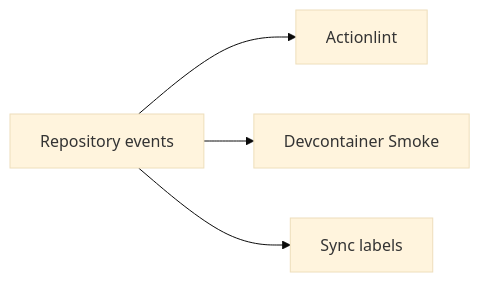
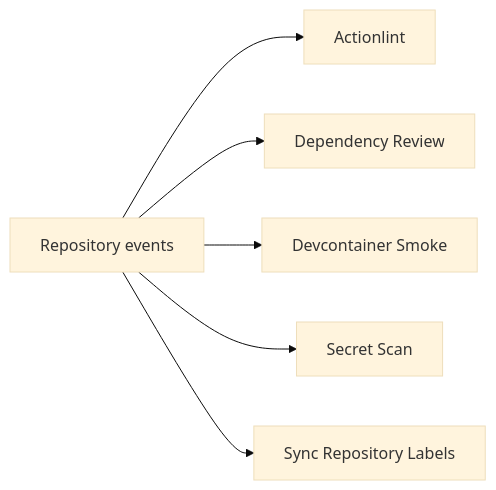
One commit to danigutsch/ViajantesTurismo changed the second of 3 diagrams in docs/architecture/ci-validation-flows.md. Above: the diagram before and after it, drawn with Mermaid (base theme). The commit also changed other lines of this file and 6 other files, not shown here.

Commit message:
docs(architecture): generate source-backed diagrams

````diff
--- a/docs/architecture/ci-validation-flows.md
+++ b/docs/architecture/ci-validation-flows.md
@@ -76,11 +80,14 @@
 ```mermaid
 flowchart LR
     repo[Repository events]
     actionlint[Actionlint]
-    devcontainer[Devcontainer Smoke]
-    labels[Sync labels]
-
     repo --> actionlint
-    repo --> devcontainer
-    repo --> labels
+    dependency_review[Dependency Review]
+    repo --> dependency_review
+    devcontainer_smoke[Devcontainer Smoke]
+    repo --> devcontainer_smoke
+    secret_scan[Secret Scan]
+    repo --> secret_scan
+    sync_labels[Sync Repository Labels]
+    repo --> sync_labels
 ```
````
